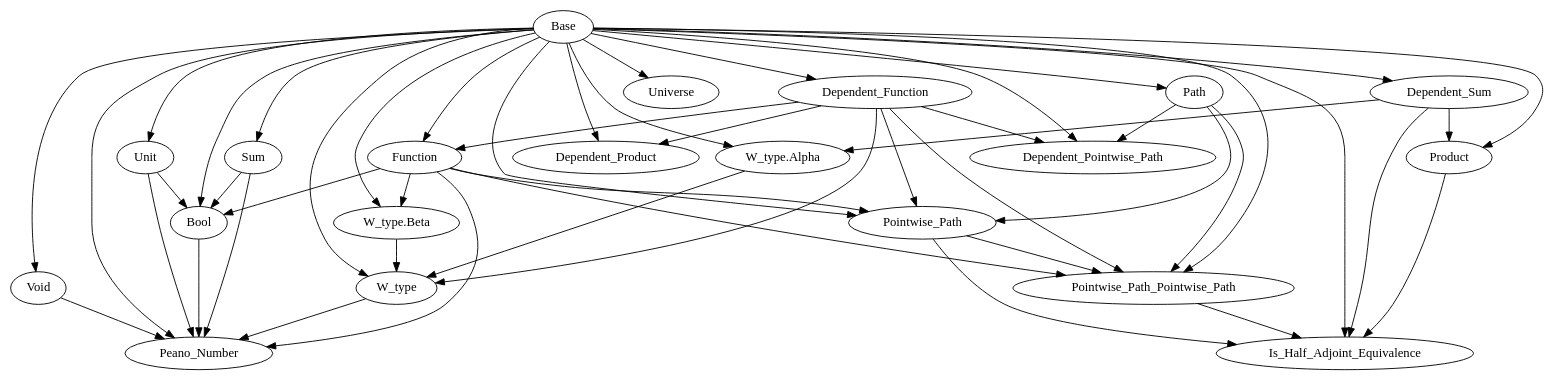
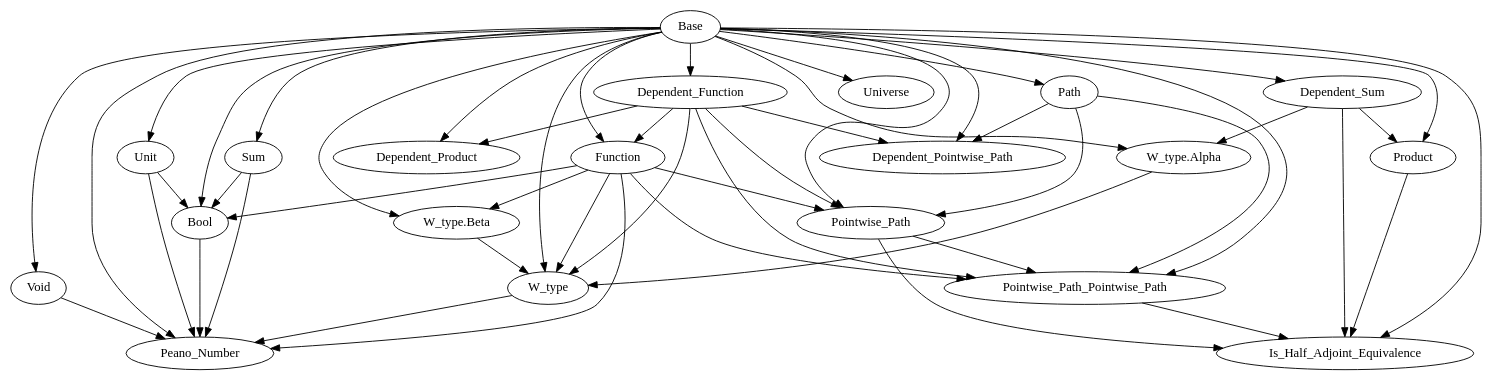
One commit to Hexirp/googology-in-coq changed the diagram in libraries/dependencies.gv. Above: the diagram before and after it, drawn with Graphviz. The commit also changed 1 other file, not shown here.

Commit message:
Fix: W_type を

```diff
--- a/libraries/dependencies.gv
+++ b/libraries/dependencies.gv
@@ -1,71 +1,72 @@
 digraph Dependencies {
   # Base
   # Dependent_Function
   "Base" -> "Dependent_Function";
   # Function
   "Base" -> "Function";
   "Dependent_Function" -> "Function";
   # Dependent_Product
   "Base" -> "Dependent_Product";
   "Dependent_Function" -> "Dependent_Product";
   # Dependent_Sum
   "Base" -> "Dependent_Sum";
   # Product
   "Base" -> "Product";
   "Dependent_Sum" -> "Product";
   # Sum
   "Base" -> "Sum";
   # Unit
   "Base" -> "Unit";
   # Void
   "Base" -> "Void";
   # W_type.Alpha
   "Base" -> "W_type.Alpha";
   "Dependent_Sum" -> "W_type.Alpha";
   # W_type.Beta
   "Base" -> "W_type.Beta";
   "Function" -> "W_type.Beta";
   # W_type
   "Base" -> "W_type";
   "Dependent_Function" -> "W_type";
+  "Function" -> "W_type";
   "W_type.Alpha" -> "W_type";
   "W_type.Beta" -> "W_type";
   # Universe
   "Base" -> "Universe";
   # Path
   "Base" -> "Path";
   # Dependent_Pointwise_Path
   "Base" -> "Dependent_Pointwise_Path";
   "Dependent_Function" -> "Dependent_Pointwise_Path";
   "Path" -> "Dependent_Pointwise_Path";
   # Pointwise_Path
   "Base" -> "Pointwise_Path";
   "Dependent_Function" -> "Pointwise_Path";
   "Function" -> "Pointwise_Path";
   "Path" -> "Pointwise_Path";
   # Pointwise_Path_Pointwise_Path
   "Base" -> "Pointwise_Path_Pointwise_Path";
   "Dependent_Function" -> "Pointwise_Path_Pointwise_Path";
   "Function" -> "Pointwise_Path_Pointwise_Path";
   "Path" -> "Pointwise_Path_Pointwise_Path";
   "Pointwise_Path" -> "Pointwise_Path_Pointwise_Path";
   # Is_Half_Adjoint_Equivalence
   "Base" -> "Is_Half_Adjoint_Equivalence";
   "Dependent_Sum" -> "Is_Half_Adjoint_Equivalence";
   "Product" -> "Is_Half_Adjoint_Equivalence";
   "Pointwise_Path" -> "Is_Half_Adjoint_Equivalence";
   "Pointwise_Path_Pointwise_Path" -> "Is_Half_Adjoint_Equivalence";
   # Bool
   "Base" -> "Bool";
   "Function" -> "Bool";
   "Sum" -> "Bool";
   "Unit" -> "Bool";
   # Peano_Number
   "Base" -> "Peano_Number";
   "Function" -> "Peano_Number";
   "Sum" -> "Peano_Number";
   "Void" -> "Peano_Number";
   "Unit" -> "Peano_Number";
   "W_type" -> "Peano_Number";
   "Bool" -> "Peano_Number";
 }
```
